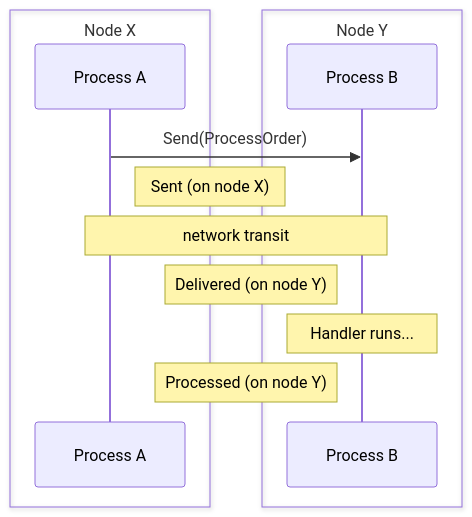
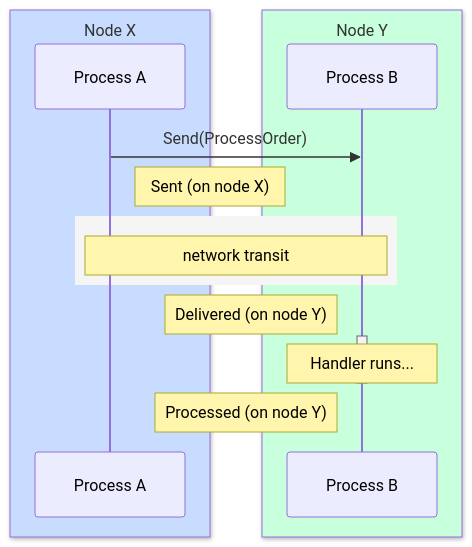
One commit to ergo-services/ergo changed the third of 9 diagrams in docs/advanced/distributed-tracing.md. Above: the diagram before and after it, drawn with Mermaid. The commit also changed other lines of this file, not shown here.

````diff
--- a/docs/advanced/distributed-tracing.md
+++ b/docs/advanced/distributed-tracing.md
@@ -217,18 +223,22 @@
 ```mermaid
 sequenceDiagram
-    box Node X
+    box rgb(200,220,255) Node X
     participant A as Process A
     end
-    box Node Y
+    box rgb(200,255,220) Node Y
     participant B as Process B
     end
 
     A->>B: Send(ProcessOrder)
     Note right of A: Sent (on node X)
 
+    rect rgb(245,245,245)
     Note over A,B: network transit
+    end
 
     Note left of B: Delivered (on node Y)
+    activate B
     Note over B: Handler runs...
+    deactivate B
     Note left of B: Processed (on node Y)
 ```
````
